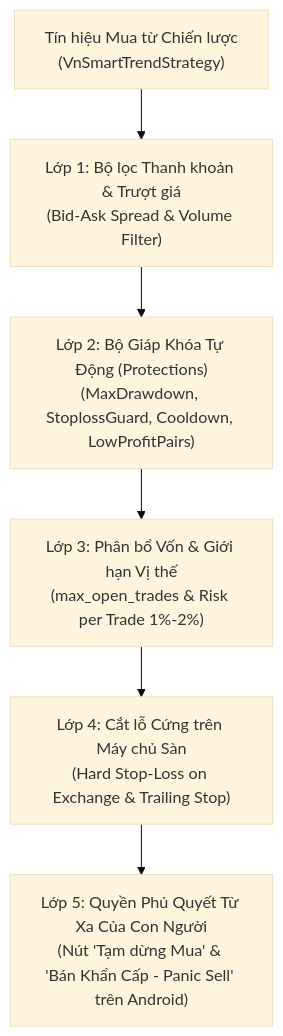
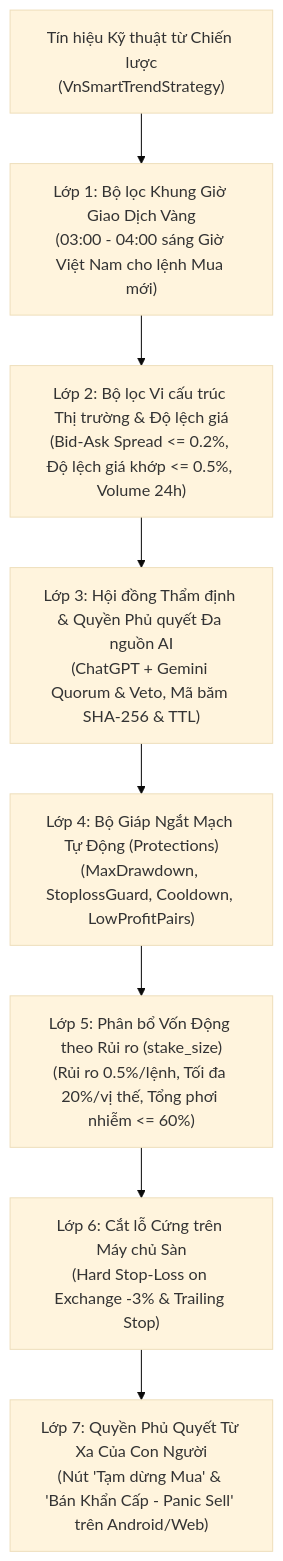
Before and after one commit to trunglc378/trade_bot: the diagram in docs/05-QUAN-TRI-RUI-RO-VA-BAO-MAT.md, drawn with Mermaid (base theme). The commit also changed other lines of this file and 29 other files, not shown here.

Commit message:
feat: bo sung khung gio giao dich vang (03:00-04:00 VN), phan tich thi truong & de xuat coin da nguon AI (ChatGPT/Gemini), ho tro Binance/OKX va cap nhat tai lieu v2.0

````diff
--- a/docs/05-QUAN-TRI-RUI-RO-VA-BAO-MAT.md
+++ b/docs/05-QUAN-TRI-RUI-RO-VA-BAO-MAT.md
@@ -16,11 +16,13 @@
 ```mermaid
 flowchart TD
-    SIG["Tín hiệu Mua từ Chiến lược\n(VnSmartTrendStrategy)"]
-    L1["Lớp 1: Bộ lọc Thanh khoản & Trượt giá\n(Bid-Ask Spread & Volume Filter)"]
-    L2["Lớp 2: Bộ Giáp Khóa Tự Động (Protections)\n(MaxDrawdown, StoplossGuard, Cooldown, LowProfitPairs)"]
-    L3["Lớp 3: Phân bổ Vốn & Giới hạn Vị thế\n(max_open_trades & Risk per Trade 1%-2%)"]
-    L4["Lớp 4: Cắt lỗ Cứng trên Máy chủ Sàn\n(Hard Stop-Loss on Exchange & Trailing Stop)"]
-    L5["Lớp 5: Quyền Phủ Quyết Từ Xa Của Con Người\n(Nút 'Tạm dừng Mua' & 'Bán Khẩn Cấp - Panic Sell' trên Android)"]
+    SIG["Tín hiệu Kỹ thuật từ Chiến lược\n(VnSmartTrendStrategy)"]
+    L1["Lớp 1: Bộ lọc Khung Giờ Giao Dịch Vàng\n(03:00 - 04:00 sáng Giờ Việt Nam cho lệnh Mua mới)"]
+    L2["Lớp 2: Bộ lọc Vi cấu trúc Thị trường & Độ lệch giá\n(Bid-Ask Spread <= 0.2%, Độ lệch giá khớp <= 0.5%, Volume 24h)"]
+    L3["Lớp 3: Hội đồng Thẩm định & Quyền Phủ quyết Đa nguồn AI\n(ChatGPT + Gemini Quorum & Veto, Mã băm SHA-256 & TTL)"]
+    L4["Lớp 4: Bộ Giáp Ngắt Mạch Tự Động (Protections)\n(MaxDrawdown, StoplossGuard, Cooldown, LowProfitPairs)"]
+    L5["Lớp 5: Phân bổ Vốn Động theo Rủi ro (stake_size)\n(Rủi ro 0.5%/lệnh, Tối đa 20%/vị thế, Tổng phơi nhiễm <= 60%)"]
+    L6["Lớp 6: Cắt lỗ Cứng trên Máy chủ Sàn\n(Hard Stop-Loss on Exchange -3% & Trailing Stop)"]
+    L7["Lớp 7: Quyền Phủ Quyết Từ Xa Của Con Người\n(Nút 'Tạm dừng Mua' & 'Bán Khẩn Cấp - Panic Sell' trên Android/Web)"]
 
-    SIG --> L1 --> L2 --> L3 --> L4 --> L5
+    SIG --> L1 --> L2 --> L3 --> L4 --> L5 --> L6 --> L7
 ```
````
